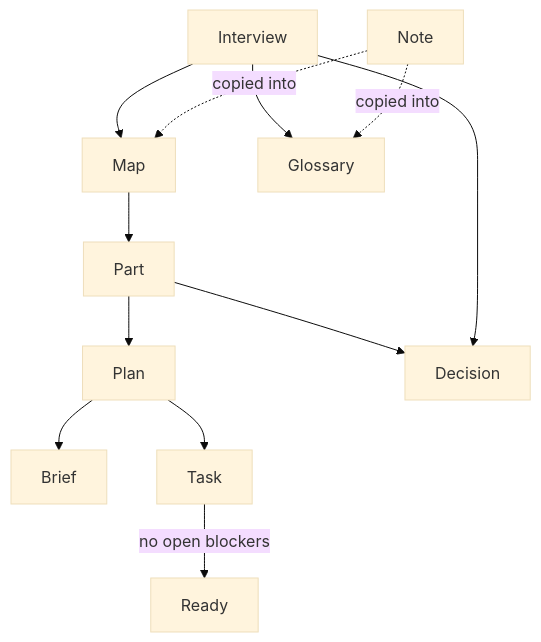
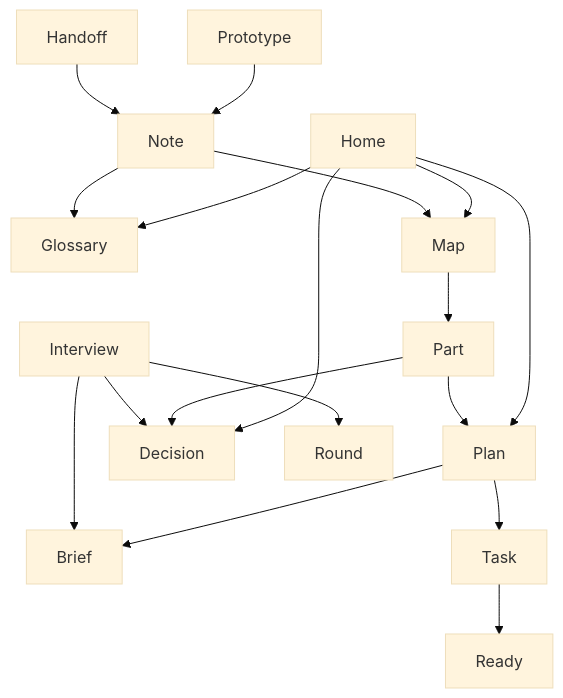
Before and after one commit to somethingdarkside1/atlas-skills: the diagram in GLOSSARY.md, drawn with Mermaid (base theme). The commit also changed other lines of this file and 17 other files, not shown here.

First line of the commit message:
Settle the cross-cutting rules: two modes, Needs lines, derived diagrams, the interview writes the brief

````diff
--- a/GLOSSARY.md
+++ b/GLOSSARY.md
@@ -15,14 +15,20 @@
 ```mermaid
 flowchart TB
+  Home --> Glossary
+  Home --> Map
+  Home --> Plan
+  Home --> Decision
   Map --> Part
   Part --> Plan
+  Part --> Decision
   Plan --> Brief
   Plan --> Task
-  Task -->|no open blockers| Ready
-  Part --> Decision
-  Interview --> Glossary
-  Interview --> Map
+  Task --> Ready
+  Interview --> Round
+  Interview --> Brief
   Interview --> Decision
-  Note -. copied into .-> Glossary
-  Note -. copied into .-> Map
+  Prototype --> Note
+  Handoff --> Note
+  Note --> Glossary
+  Note --> Map
 ```
````
